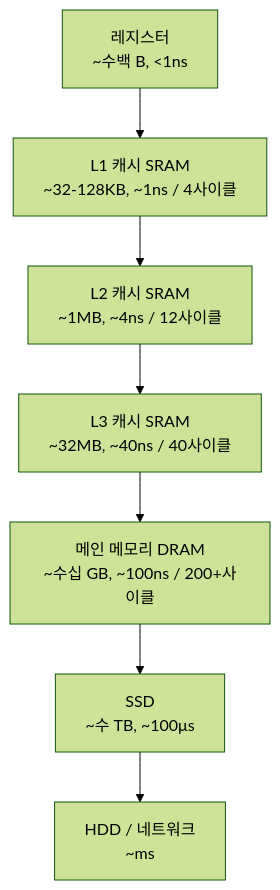
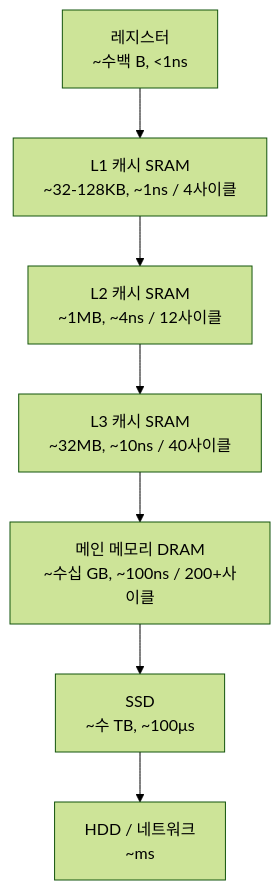
One commit to nini4746/cs changed the diagram in computer-architecture/memory-hierarchy.md. Above: the diagram before and after it, drawn with Mermaid (forest theme). The commit also changed other lines of this file and 8 other files, not shown here.

````diff
--- a/computer-architecture/memory-hierarchy.md
+++ b/computer-architecture/memory-hierarchy.md
@@ -20,9 +20,9 @@
 ```mermaid
 graph TD
     R[레지스터<br/>~수백 B, <1ns] --> L1[L1 캐시 SRAM<br/>~32-128KB, ~1ns / 4사이클]
     L1 --> L2[L2 캐시 SRAM<br/>~1MB, ~4ns / 12사이클]
-    L2 --> L3[L3 캐시 SRAM<br/>~32MB, ~40ns / 40사이클]
+    L2 --> L3[L3 캐시 SRAM<br/>~32MB, ~10ns / 40사이클]
     L3 --> RAM[메인 메모리 DRAM<br/>~수십 GB, ~100ns / 200+사이클]
     RAM --> SSD[SSD<br/>~수 TB, ~100μs]
     SSD --> HDD[HDD / 네트워크<br/>~ms]
 ```
````
